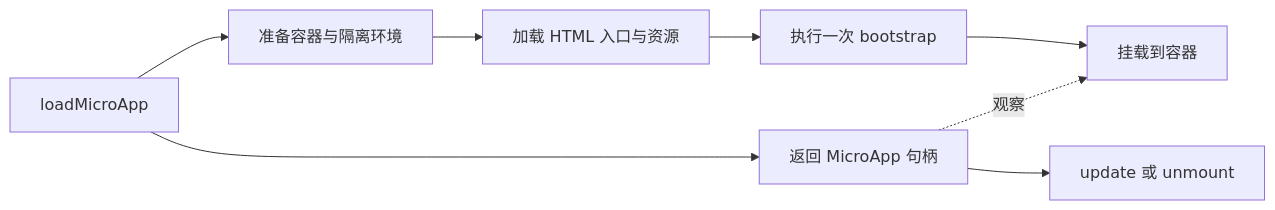
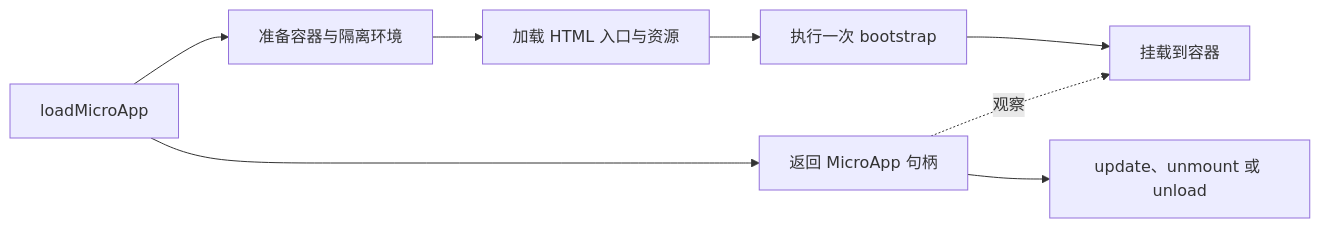
Before and after one commit to umijs/qiankun: the diagram in docs/zh-CN/concepts/architecture.md, drawn with Mermaid. The commit also changed other lines of this file and 110 other files, not shown here.

````diff
--- a/docs/zh-CN/concepts/architecture.md
+++ b/docs/zh-CN/concepts/architecture.md
@@ -36,10 +36,10 @@
 ```mermaid
 flowchart LR
   A[loadMicroApp] --> B[准备容器与隔离环境]
   B --> C[加载 HTML 入口与资源]
   C --> D[执行一次 bootstrap]
   D --> E[挂载到容器]
   A --> F[返回 MicroApp 句柄]
   F -. 观察 .-> E
-  F --> G[update 或 unmount]
+  F --> G[update、unmount 或 unload]
 ```
````
